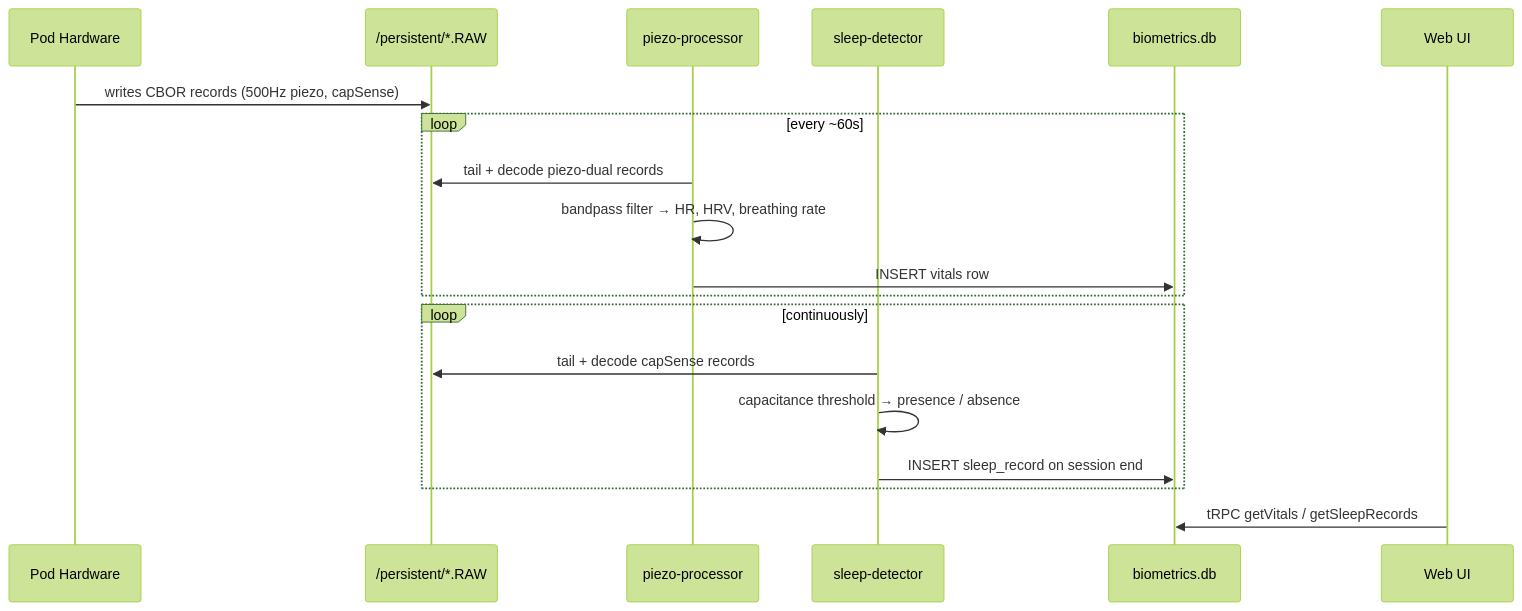
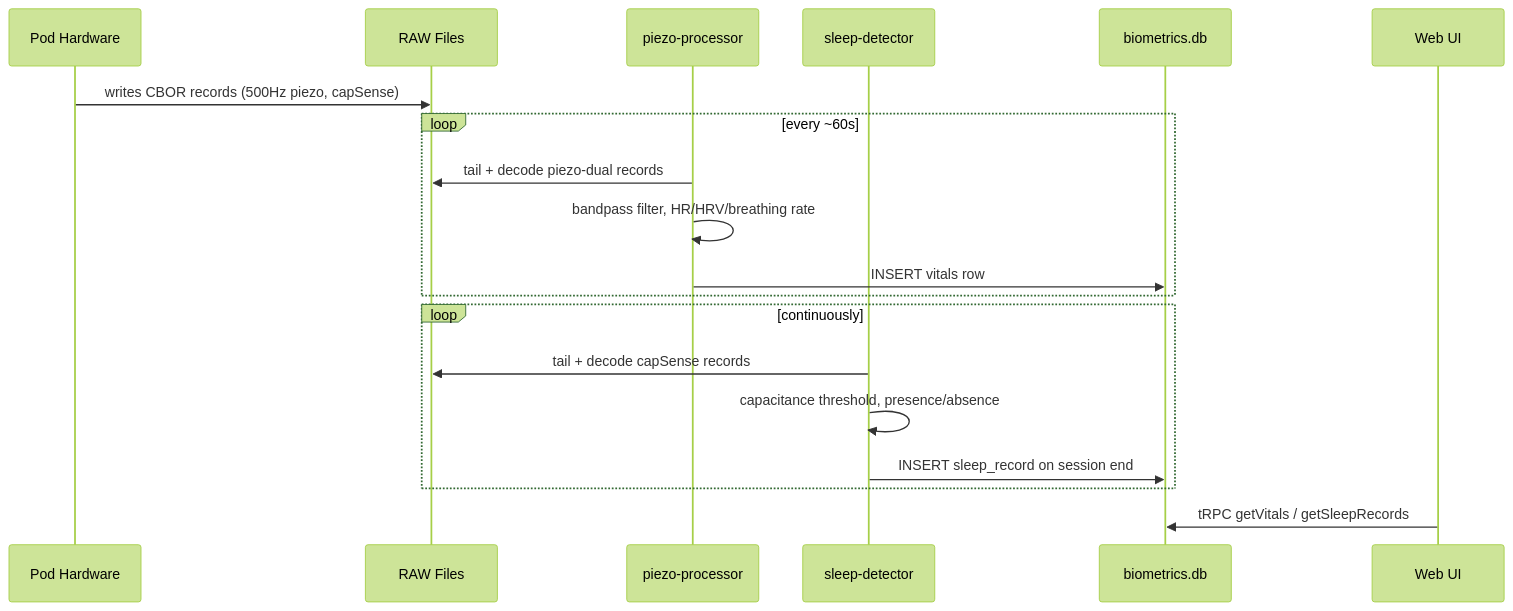
One commit to sleepypod/core changed the second of 6 diagrams in README.md. Above: the diagram before and after it, drawn with Mermaid (forest theme). The commit also changed other lines of this file, not shown here.

Commit message:
fix(readme): fix remaining Mermaid syntax errors across all diagrams

````diff
--- a/README.md
+++ b/README.md
@@ -57,22 +57,22 @@
 ```mermaid
 sequenceDiagram
     participant HW as Pod Hardware
-    participant RAW as /persistent/*.RAW
+    participant RAW as RAW Files
     participant PP as piezo-processor
     participant SD as sleep-detector
     participant BDB as biometrics.db
     participant UI as Web UI
 
     HW->>RAW: writes CBOR records (500Hz piezo, capSense)
     loop every ~60s
         PP->>RAW: tail + decode piezo-dual records
-        PP->>PP: bandpass filter → HR, HRV, breathing rate
+        PP->>PP: bandpass filter, HR/HRV/breathing rate
         PP->>BDB: INSERT vitals row
     end
     loop continuously
         SD->>RAW: tail + decode capSense records
-        SD->>SD: capacitance threshold → presence / absence
+        SD->>SD: capacitance threshold, presence/absence
         SD->>BDB: INSERT sleep_record on session end
     end
     UI->>BDB: tRPC getVitals / getSleepRecords
 ```
````
